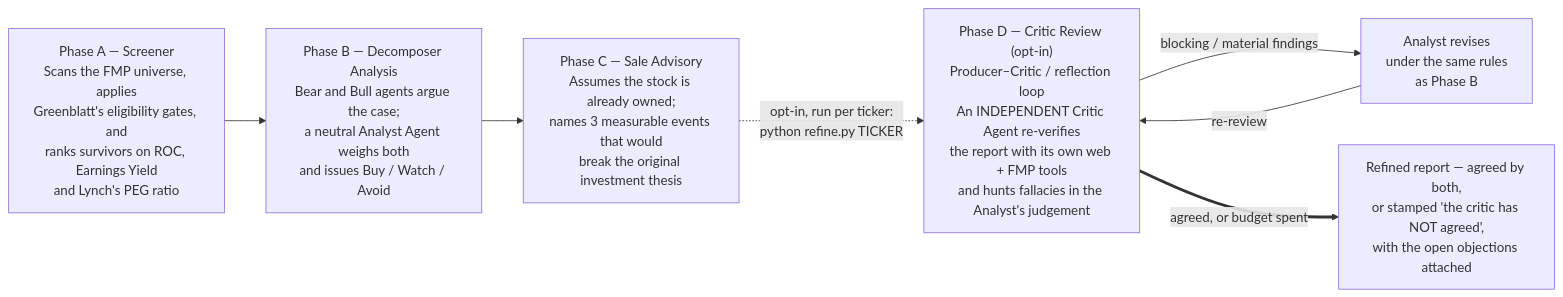
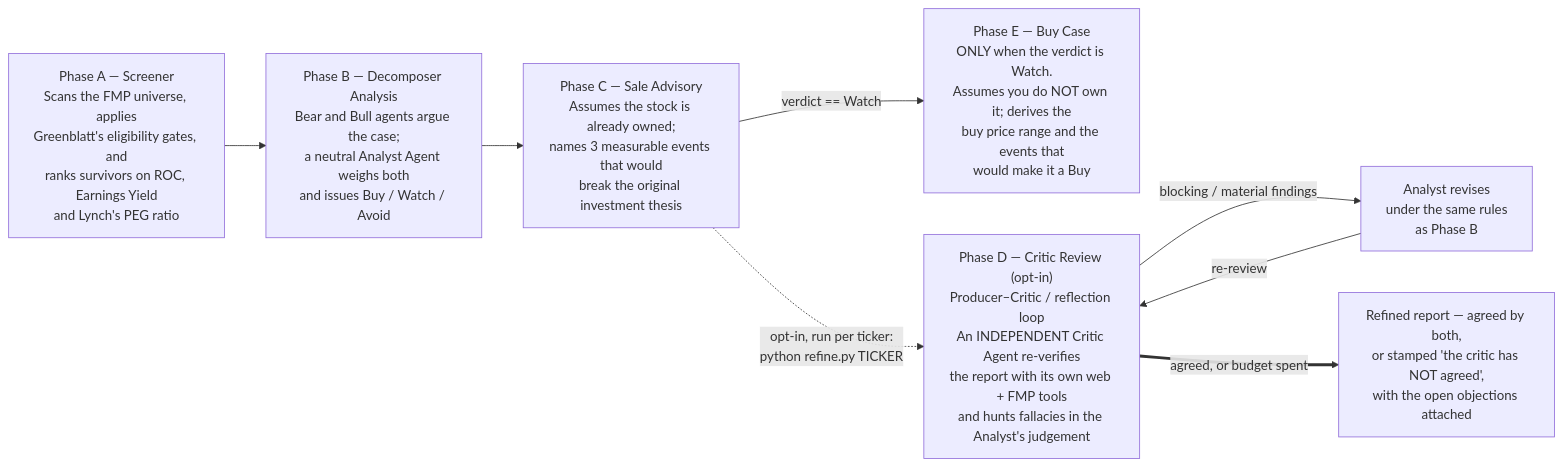
The diagram in README.md (sun4github/magic-stock-picker), drawn with Mermaid before and after one commit. The commit also changed other lines of this file and 29 other files, not shown here.

Commit message:
buy-case added. live price added. updated critic-review to not flag live data discrepancy

````diff
--- a/README.md
+++ b/README.md
@@ -19,14 +19,16 @@
 ```mermaid
 flowchart LR
     A["Phase A — Screener<br/>Scans the FMP universe, applies<br/>Greenblatt's eligibility gates, and<br/>ranks survivors on ROC, Earnings Yield<br/>and Lynch's PEG ratio"]
     B["Phase B — Decomposer Analysis<br/>Bear and Bull agents argue the case;<br/>a neutral Analyst Agent weighs both<br/>and issues Buy / Watch / Avoid"]
     C["Phase C — Sale Advisory<br/>Assumes the stock is already owned;<br/>names 3 measurable events that would<br/>break the original investment thesis"]
+    W["Phase E — Buy Case<br/>ONLY when the verdict is Watch.<br/>Assumes you do NOT own it; derives the<br/>buy price range and the events that<br/>would make it a Buy"]
     D["Phase D — Critic Review (opt-in)<br/>Producer–Critic / reflection loop<br/>An INDEPENDENT Critic Agent re-verifies<br/>the report with its own web + FMP tools<br/>and hunts fallacies in the Analyst's judgement"]
     E["Analyst revises<br/>under the same rules<br/>as Phase B"]
     F["Refined report — agreed by both,<br/>or stamped 'the critic has NOT agreed',<br/>with the open objections attached"]
     A --> B --> C
+    C -->|"verdict == Watch"| W
     C -.->|"opt-in, run per ticker:<br/>python refine.py TICKER"| D
     D -->|"blocking / material findings"| E
     E -->|"re-review"| D
     D ==>|"agreed, or budget spent"| F
 ```
````
